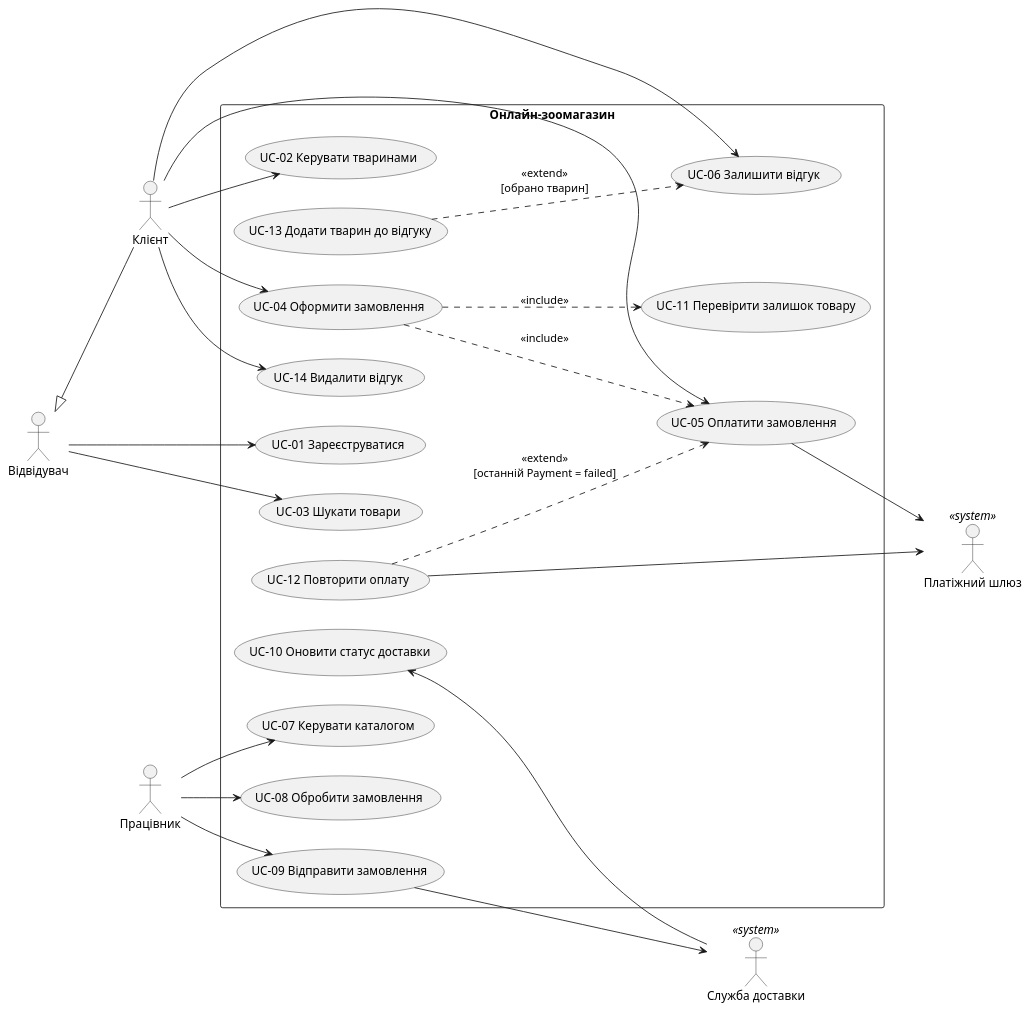
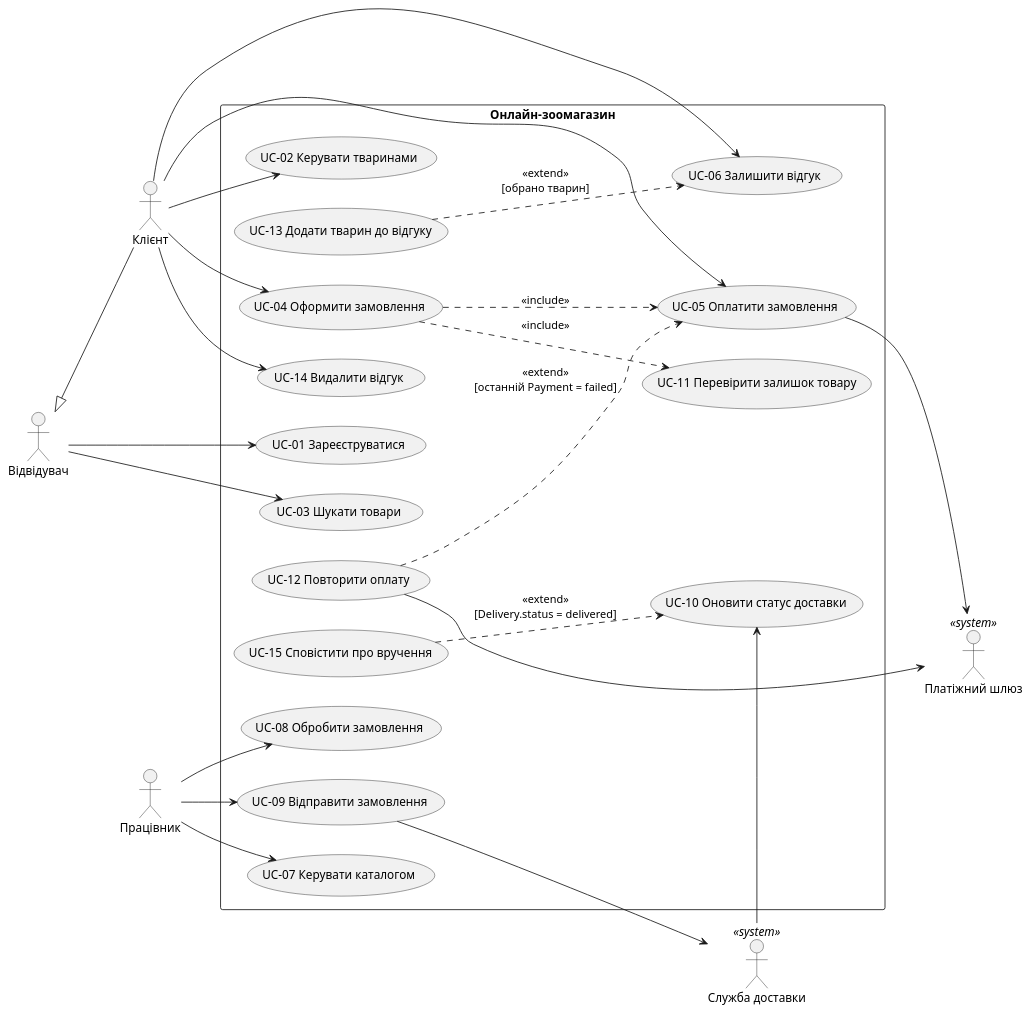
The diagram in Lab2/petshop.puml (hutnichs/KPI_MAVPZ), drawn with PlantUML before and after one commit. The commit also changed 2 other files, not shown here.

```diff
--- a/Lab2/petshop.puml
+++ b/Lab2/petshop.puml
@@ -1,58 +1,60 @@
 @startuml
 left to right direction
 skinparam packageStyle rectangle
 
 actor "Відвідувач" as Visitor
 actor "Клієнт" as Customer
 actor "Працівник" as Employee
 actor "Платіжний шлюз" as PGW <<system>>
 actor "Служба доставки" as DSA <<system>>
 
 ' Узагальнення: Клієнт є зареєстрованим Відвідувачем
 Visitor <|-- Customer
 
 rectangle "Онлайн-зоомагазин" {
   usecase "UC-01 Зареєструватися" as UC01
   usecase "UC-02 Керувати тваринами" as UC02
   usecase "UC-03 Шукати товари" as UC03
   usecase "UC-04 Оформити замовлення" as UC04
   usecase "UC-05 Оплатити замовлення" as UC05
   usecase "UC-06 Залишити відгук" as UC06
   usecase "UC-07 Керувати каталогом" as UC07
   usecase "UC-08 Обробити замовлення" as UC08
   usecase "UC-09 Відправити замовлення" as UC09
   usecase "UC-10 Оновити статус доставки" as UC10
   usecase "UC-11 Перевірити залишок товару" as UC11
   usecase "UC-12 Повторити оплату" as UC12
   usecase "UC-13 Додати тварин до відгуку" as UC13
   usecase "UC-14 Видалити відгук" as UC14
+  usecase "UC-15 Сповістити про вручення" as UC15
 }
 
 ' Відвідувач
 Visitor --> UC01
 Visitor --> UC03
 
 ' Клієнт
 Customer --> UC02
 Customer --> UC04
 Customer --> UC05
 Customer --> UC06
 Customer --> UC14
 
 ' Працівник
 Employee --> UC07
 Employee --> UC08
 Employee --> UC09
 
 ' include / extend
 UC04 ..> UC11 : <<include>>
 UC04 ..> UC05 : <<include>>
 UC12 ..> UC05 : <<extend>>\n[останній Payment = failed]
 UC13 ..> UC06 : <<extend>>\n[обрано тварин]
+UC15 ..> UC10 : <<extend>>\n[Delivery.status = delivered]
 
 ' Зовнішні системи
 UC05 --> PGW
 UC12 --> PGW
 UC09 --> DSA
 DSA --> UC10
 @enduml
```
